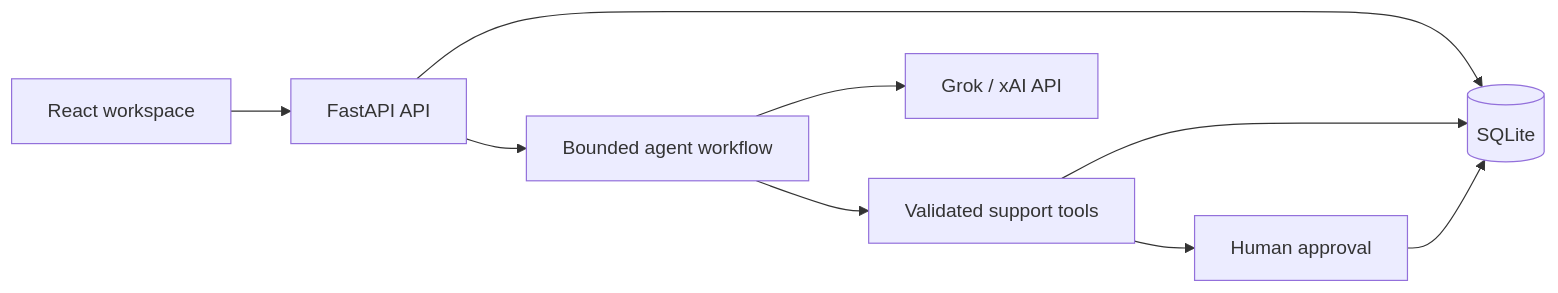
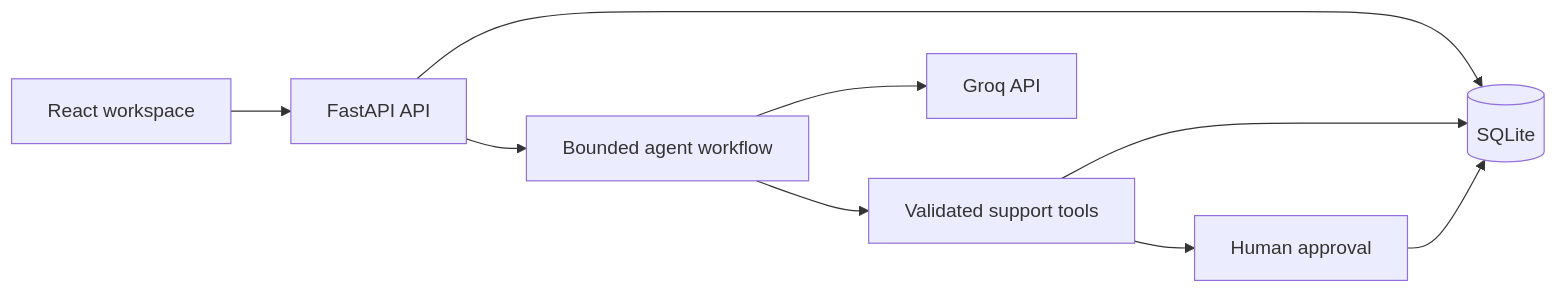
Before and after one commit to GhostAbhi4413/ai-powered-customer-support: the diagram in README.md, drawn with Mermaid. The commit also changed other lines of this file and 9 other files, not shown here.

Commit message:
Use Groq API credentials and models

````diff
--- a/README.md
+++ b/README.md
@@ -38,11 +38,11 @@
 ```mermaid
 flowchart LR
     UI[React workspace] --> API[FastAPI API]
     API --> DB[(SQLite)]
     API --> Agent[Bounded agent workflow]
-    Agent --> Grok[Grok / xAI API]
+    Agent --> Groq[Groq API]
     Agent --> Tools[Validated support tools]
     Tools --> DB
     Tools --> Approval[Human approval]
     Approval --> DB
 ```
````
